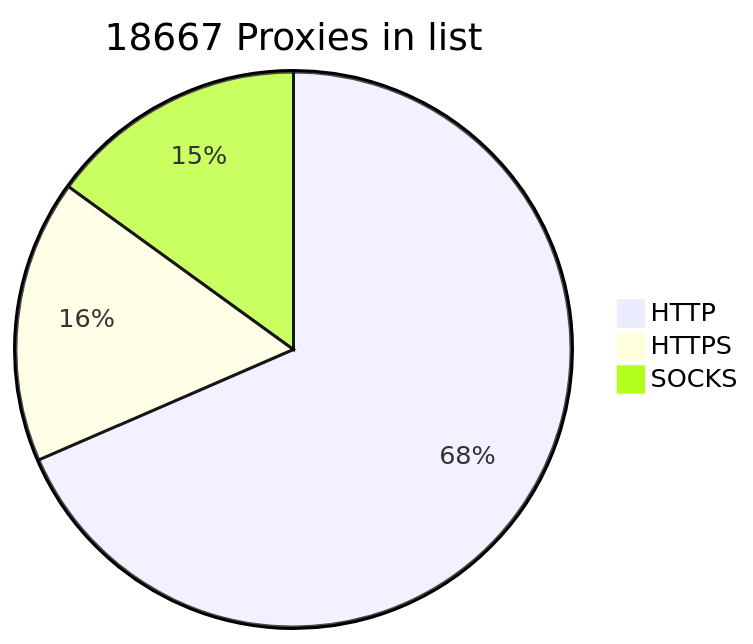
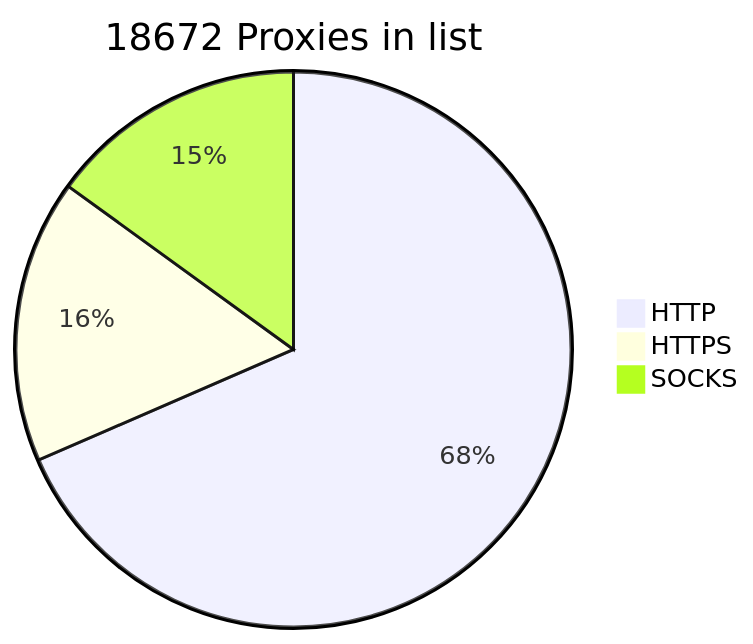
One commit to BlackSnowDot/proxylist-update-every-minute changed the diagram in README.md. Above: the diagram before and after it, drawn with Mermaid.

````diff
--- a/README.md
+++ b/README.md
@@ -2,6 +2,6 @@
 ```mermaid
-pie title 18667 Proxies in list
-    "HTTP" : 13929
-    "HTTPS": 3352
+pie title 18672 Proxies in list
+    "HTTP" : 13934
+    "HTTPS": 3356
     "SOCKS" : 3055
 ```
````
